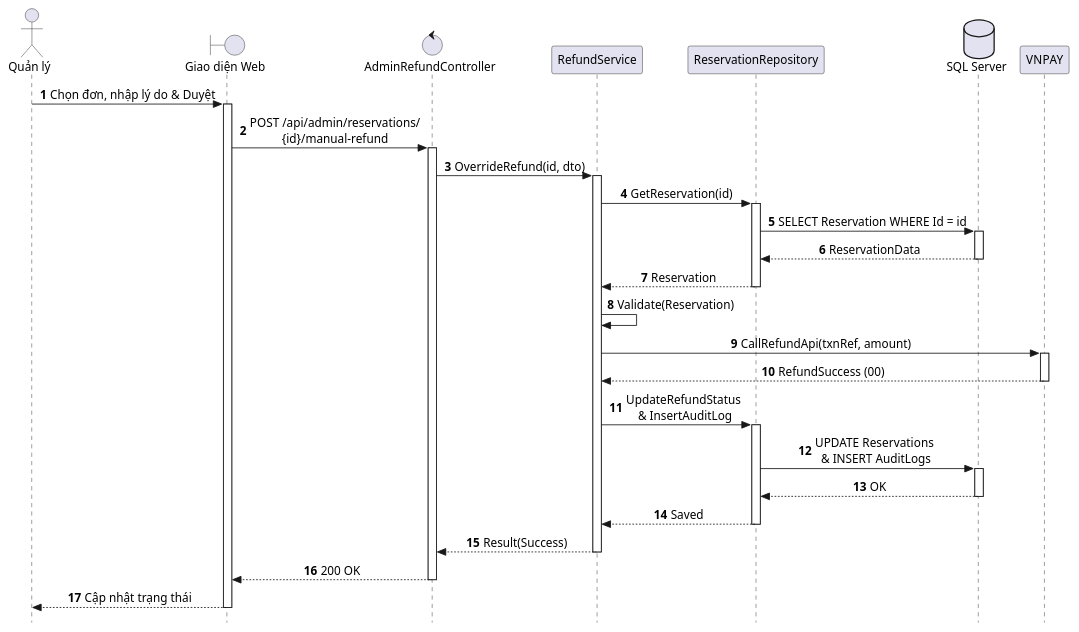
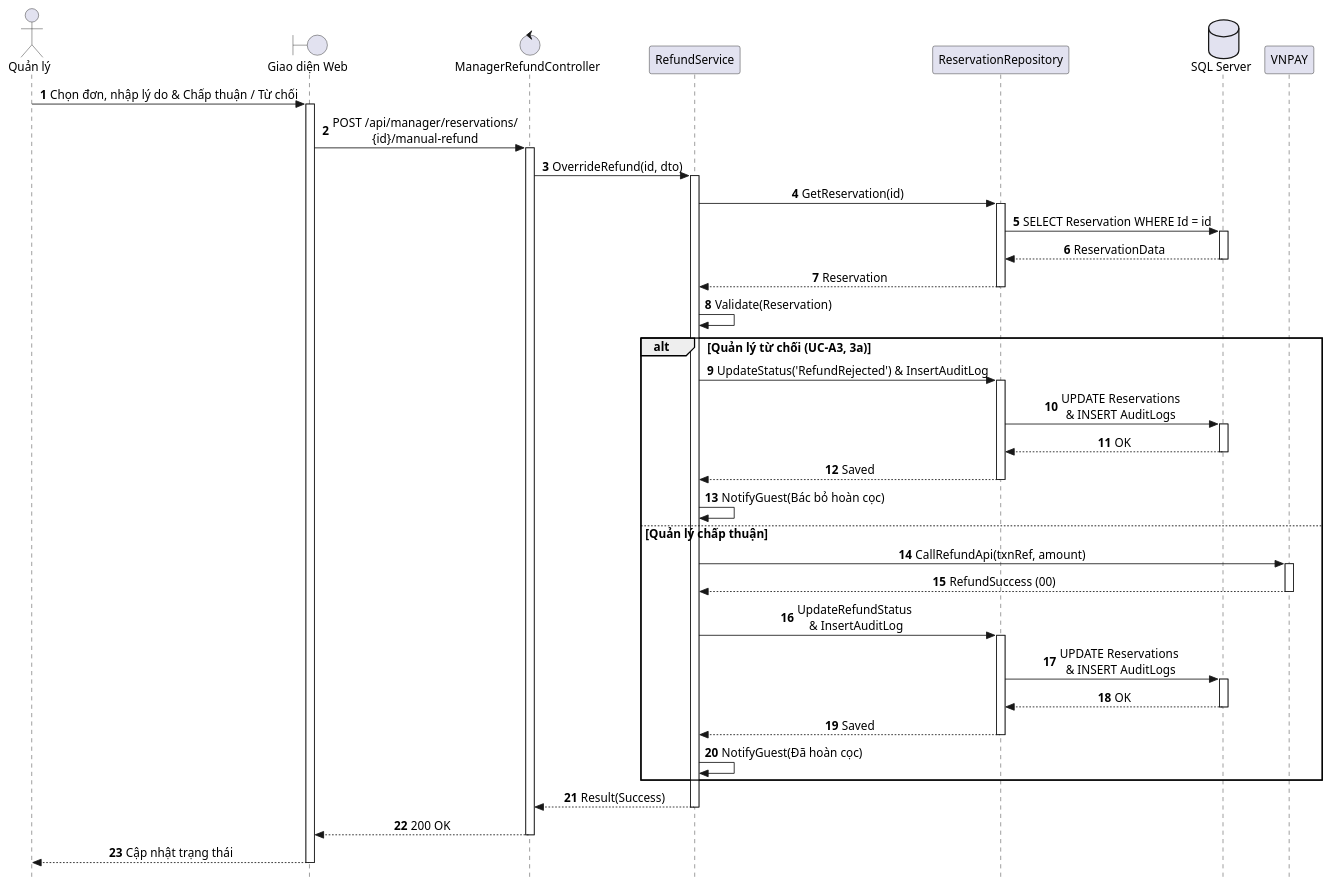
One commit to AndrewQng/VinDining changed the diagram in docs/puml/sequences/SD_UC_A3_Manual_Refund_Approval.puml. Above: the diagram before and after it, drawn with PlantUML. The commit also changed 179 other files, not shown here.

First line of the commit message:
docs: align diagrams with the analysis report

```diff
--- a/docs/puml/sequences/SD_UC_A3_Manual_Refund_Approval.puml
+++ b/docs/puml/sequences/SD_UC_A3_Manual_Refund_Approval.puml
@@ -1,60 +1,73 @@
 @startuml SD_UC_A3_Manual_Refund_Approval
 autonumber
 skinparam style strictuml
 skinparam sequenceMessageAlign center
 skinparam responseMessageBelowArrow true
 skinparam defaultFontName "Segoe UI", Arial, sans-serif
 skinparam defaultFontSize 14
 
 actor "Quản lý" as Manager
 boundary "Giao diện Web" as UI
-control "AdminRefundController" as Controller
+control "ManagerRefundController" as Controller
 participant "RefundService" as Service
 participant "ReservationRepository" as Repo
 database "SQL Server" as DB
 participant "VNPAY" as VNPAY
 
-Manager -> UI: Chọn đơn, nhập lý do & Duyệt
+Manager -> UI: Chọn đơn, nhập lý do & Chấp thuận / Từ chối
 activate UI
 
-UI -> Controller: POST /api/admin/reservations/\n{id}/manual-refund
+UI -> Controller: POST /api/manager/reservations/\n{id}/manual-refund
 activate Controller
 
 Controller -> Service: OverrideRefund(id, dto)
 activate Service
 
 Service -> Repo: GetReservation(id)
 activate Repo
 Repo -> DB: SELECT Reservation WHERE Id = id
 activate DB
 DB --> Repo: ReservationData
 deactivate DB
 Repo --> Service: Reservation
 deactivate Repo
 
 Service -> Service: Validate(Reservation)
 
+alt Quản lý từ chối (UC-A3, 3a)
+    Service -> Repo: UpdateStatus('RefundRejected') & InsertAuditLog
+    activate Repo
+    Repo -> DB: UPDATE Reservations\n& INSERT AuditLogs
+    activate DB
+    DB --> Repo: OK
+    deactivate DB
+    Repo --> Service: Saved
+    deactivate Repo
+    Service -> Service: NotifyGuest(Bác bỏ hoàn cọc)
+else Quản lý chấp thuận
 Service -> VNPAY: CallRefundApi(txnRef, amount)
 activate VNPAY
 VNPAY --> Service: RefundSuccess (00)
 deactivate VNPAY
 
 Service -> Repo: UpdateRefundStatus \n& InsertAuditLog
 activate Repo
 Repo -> DB: UPDATE Reservations \n& INSERT AuditLogs
 activate DB
 DB --> Repo: OK
 deactivate DB
 Repo --> Service: Saved
 deactivate Repo
+Service -> Service: NotifyGuest(Đã hoàn cọc)
+end
 
 Service --> Controller: Result(Success)
 deactivate Service
 
 Controller --> UI: 200 OK
 deactivate Controller
 
 UI --> Manager: Cập nhật trạng thái 
 deactivate UI
 
 @enduml
```
